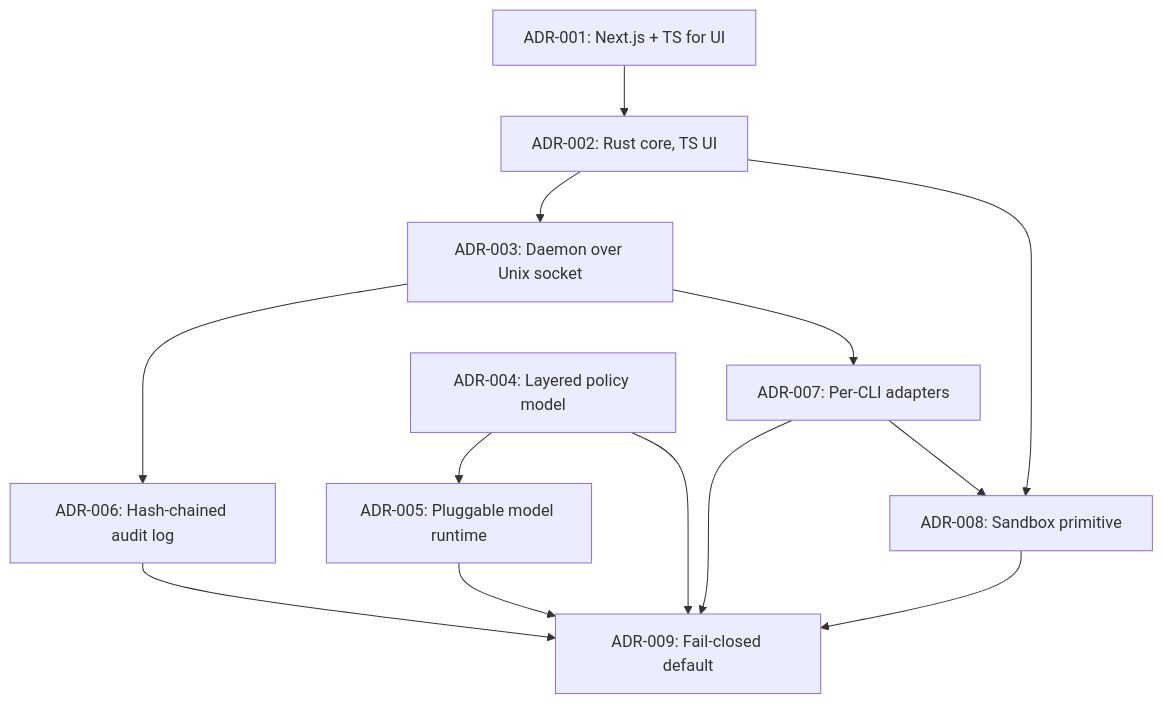
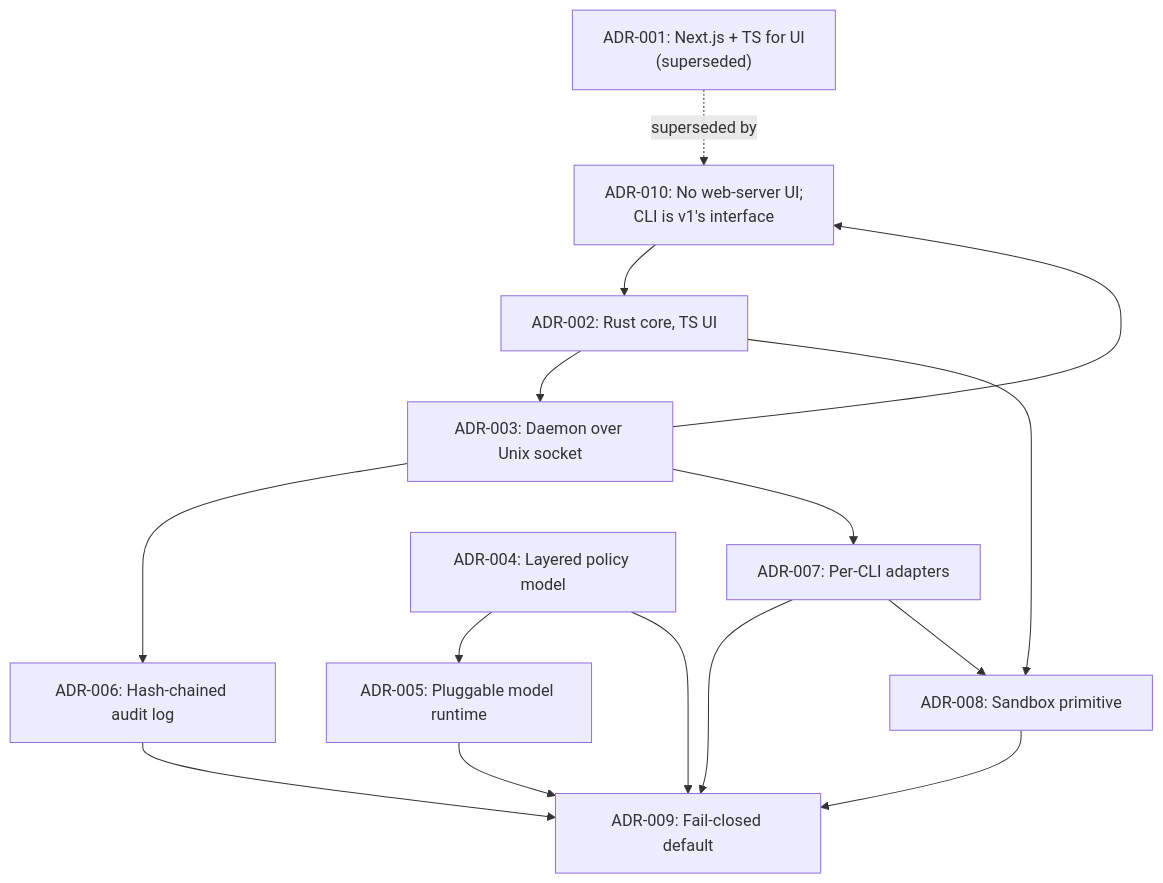
One commit to AriesNg/ai-guard-bot changed the diagram in docs/05-adr/README.md. Above: the diagram before and after it, drawn with Mermaid. The commit also changed other lines of this file and 8 other files, not shown here.

````diff
--- a/docs/05-adr/README.md
+++ b/docs/05-adr/README.md
@@ -31,15 +38,18 @@
 ```mermaid
 flowchart TD
-    A001[ADR-001: Next.js + TS for UI] --> A002[ADR-002: Rust core, TS UI]
+    A001["ADR-001: Next.js + TS for UI<br/>(superseded)"] -.->|superseded by| A010["ADR-010: No web-server UI;<br/>CLI is v1's interface"]
+    A002[ADR-002: Rust core, TS UI]
+    A010 --> A002
+    A003 --> A010
     A002 --> A003[ADR-003: Daemon over Unix socket]
     A003 --> A006[ADR-006: Hash-chained audit log]
     A003 --> A007[ADR-007: Per-CLI adapters]
     A004[ADR-004: Layered policy model] --> A005[ADR-005: Pluggable model runtime]
     A004 --> A009[ADR-009: Fail-closed default]
     A005 --> A009
     A006 --> A009
     A007 --> A009
     A002 --> A008[ADR-008: Sandbox primitive]
     A007 --> A008
     A008 --> A009
 ```
````
